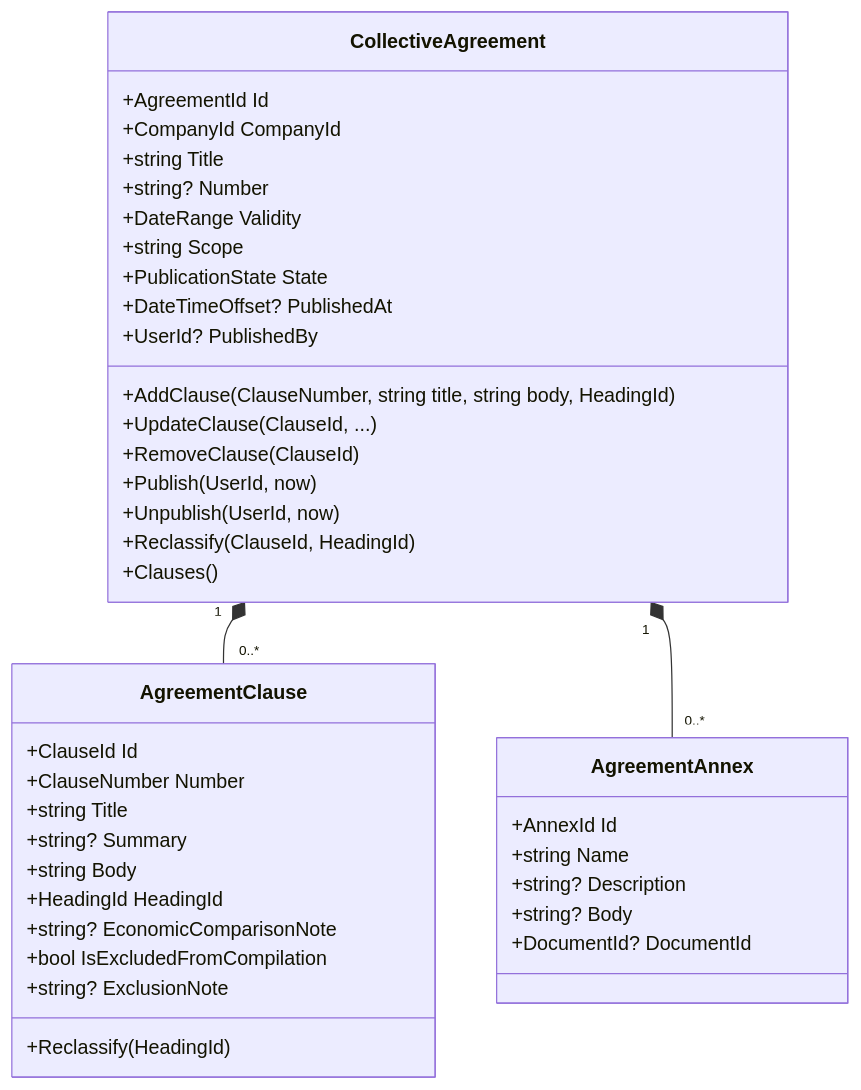
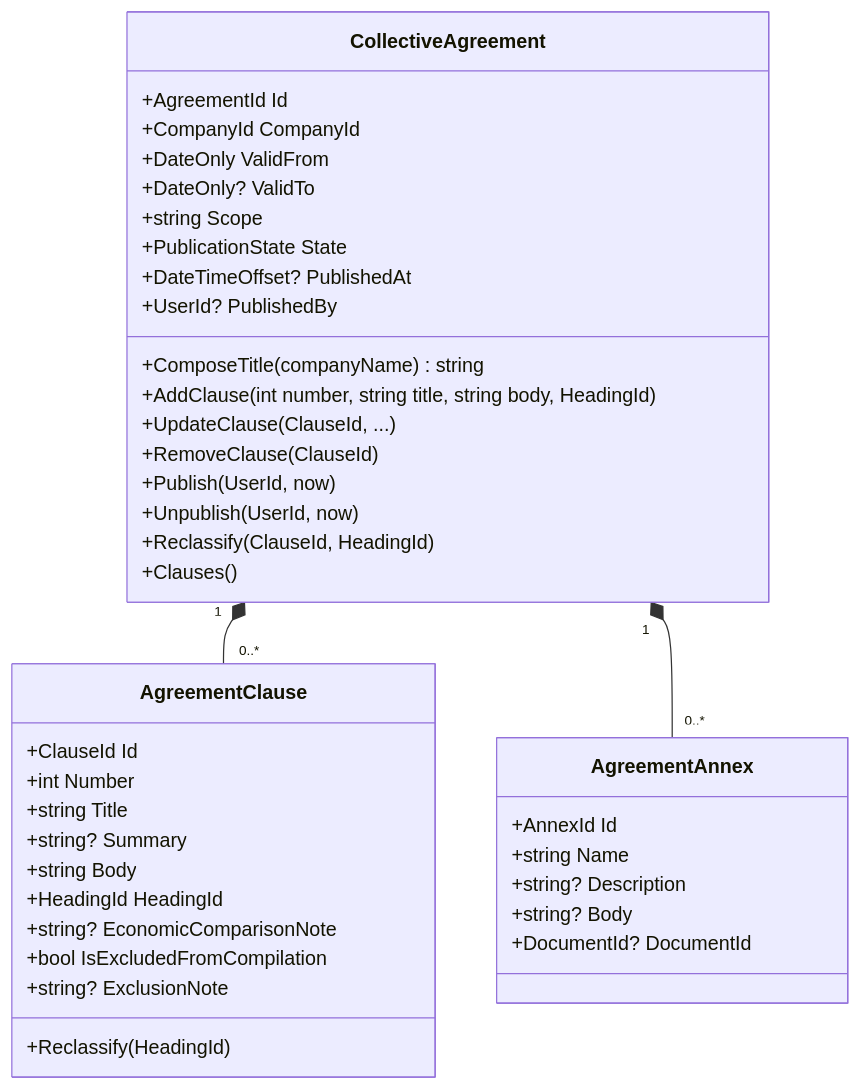
The first of 7 diagrams in docs/architecture/domain-model.md (acamposve/convencion-aspire-ai), drawn with Mermaid before and after one commit. The commit also changed other lines of this file and 22 other files, not shown here.

````diff
--- a/docs/architecture/domain-model.md
+++ b/docs/architecture/domain-model.md
@@ -161,42 +160,42 @@
 ```mermaid
 classDiagram
     class CollectiveAgreement {
         +AgreementId Id
         +CompanyId CompanyId
-        +string Title
-        +string? Number
-        +DateRange Validity
+        +DateOnly ValidFrom
+        +DateOnly? ValidTo
         +string Scope
         +PublicationState State
         +DateTimeOffset? PublishedAt
         +UserId? PublishedBy
-        +AddClause(ClauseNumber, string title, string body, HeadingId)
+        +ComposeTitle(companyName) string
+        +AddClause(int number, string title, string body, HeadingId)
         +UpdateClause(ClauseId, ...)
         +RemoveClause(ClauseId)
         +Publish(UserId, now)
         +Unpublish(UserId, now)
         +Reclassify(ClauseId, HeadingId)
         +Clauses()
     }
     class AgreementClause {
         +ClauseId Id
-        +ClauseNumber Number
+        +int Number
         +string Title
         +string? Summary
         +string Body
         +HeadingId HeadingId
         +string? EconomicComparisonNote
         +bool IsExcludedFromCompilation
         +string? ExclusionNote
         +Reclassify(HeadingId)
     }
     class AgreementAnnex {
         +AnnexId Id
         +string Name
         +string? Description
         +string? Body
         +DocumentId? DocumentId
     }
     CollectiveAgreement "1" *-- "0..*" AgreementClause
     CollectiveAgreement "1" *-- "0..*" AgreementAnnex
 ```
````
